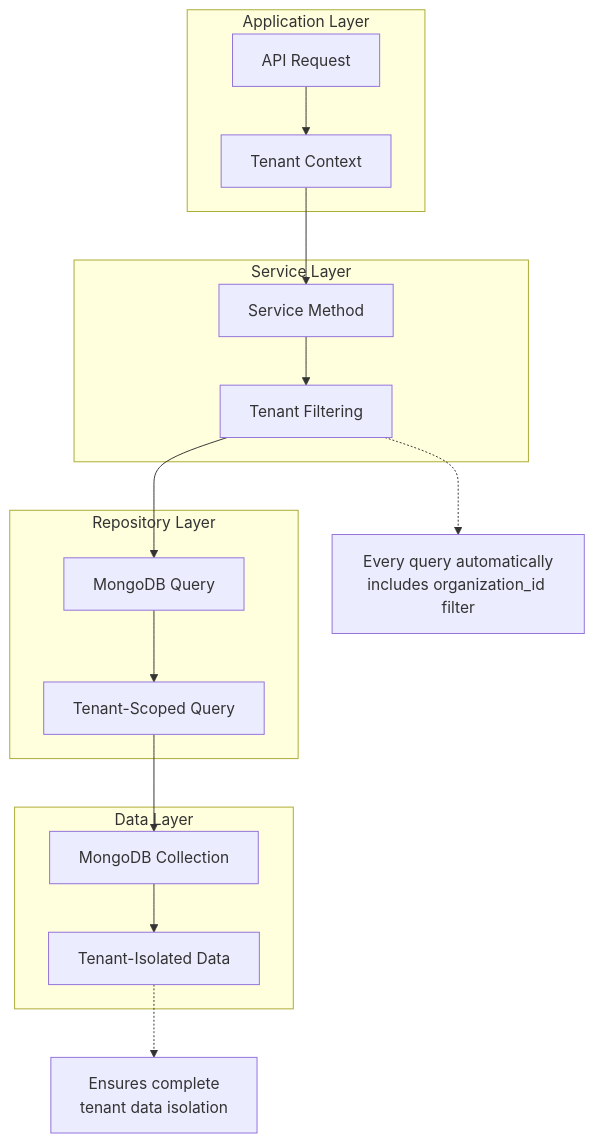
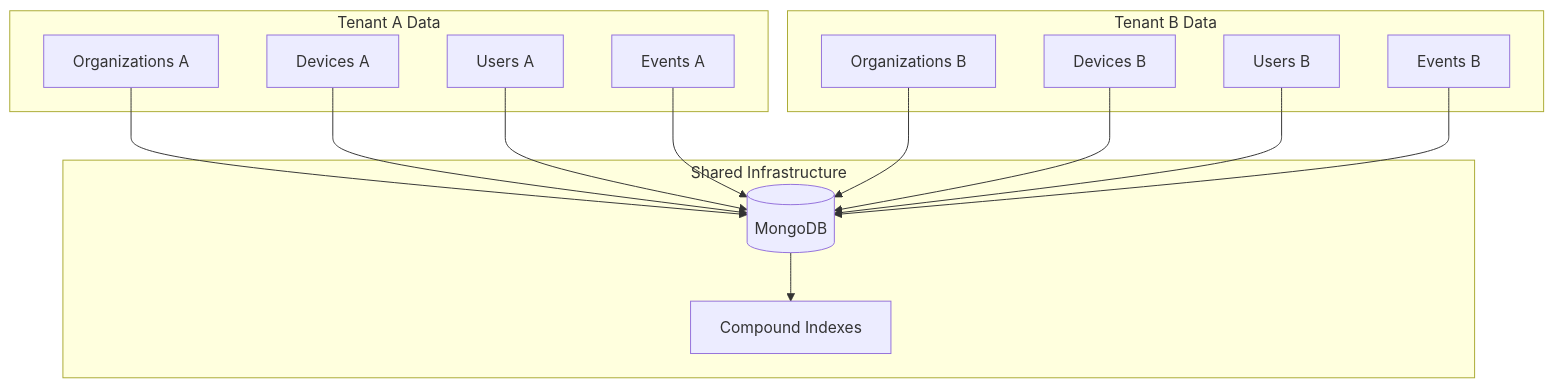
The fourth of 13 diagrams in docs/development/architecture/overview.md (flamingo-stack/openframe-oss-lib), drawn with Mermaid before and after one commit. The commit also changed other lines of this file and 130 other files, not shown here.

````diff
--- a/docs/development/architecture/overview.md
+++ b/docs/development/architecture/overview.md
@@ -422,36 +207,33 @@
 ```mermaid
-graph TD
-    subgraph "Application Layer"
-        Request[API Request]
-        TenantContext[Tenant Context]
+graph TB
+    subgraph "Tenant A Data"
+        A_ORG[Organizations A]
+        A_DEVICES[Devices A]
+        A_USERS[Users A]
+        A_EVENTS[Events A]
     end
     
-    subgraph "Service Layer"
-        ServiceMethod[Service Method]
-        TenantFilter[Tenant Filtering]
+    subgraph "Tenant B Data"
+        B_ORG[Organizations B]
+        B_DEVICES[Devices B]
+        B_USERS[Users B]
+        B_EVENTS[Events B]
     end
     
-    subgraph "Repository Layer"
-        MongoQuery[MongoDB Query]
-        TenantQuery[Tenant-Scoped Query]
+    subgraph "Shared Infrastructure"
+        MONGO[(MongoDB)]
+        INDEXES[Compound Indexes]
     end
     
-    subgraph "Data Layer"
-        Collection[MongoDB Collection]
-        TenantData[Tenant-Isolated Data]
-    end
+    A_ORG --> MONGO
+    A_DEVICES --> MONGO
+    A_USERS --> MONGO
+    A_EVENTS --> MONGO
     
-    Request --> TenantContext
-    TenantContext --> ServiceMethod
-    ServiceMethod --> TenantFilter
-    TenantFilter --> MongoQuery
-    MongoQuery --> TenantQuery
-    TenantQuery --> Collection
-    Collection --> TenantData
+    B_ORG --> MONGO
+    B_DEVICES --> MONGO
+    B_USERS --> MONGO
+    B_EVENTS --> MONGO
     
-    Note1[Every query automatically<br/>includes organization_id filter]
-    Note2[Ensures complete<br/>tenant data isolation]
-    
-    TenantFilter -.-> Note1
-    TenantData -.-> Note2
+    MONGO --> INDEXES
 ```
````
